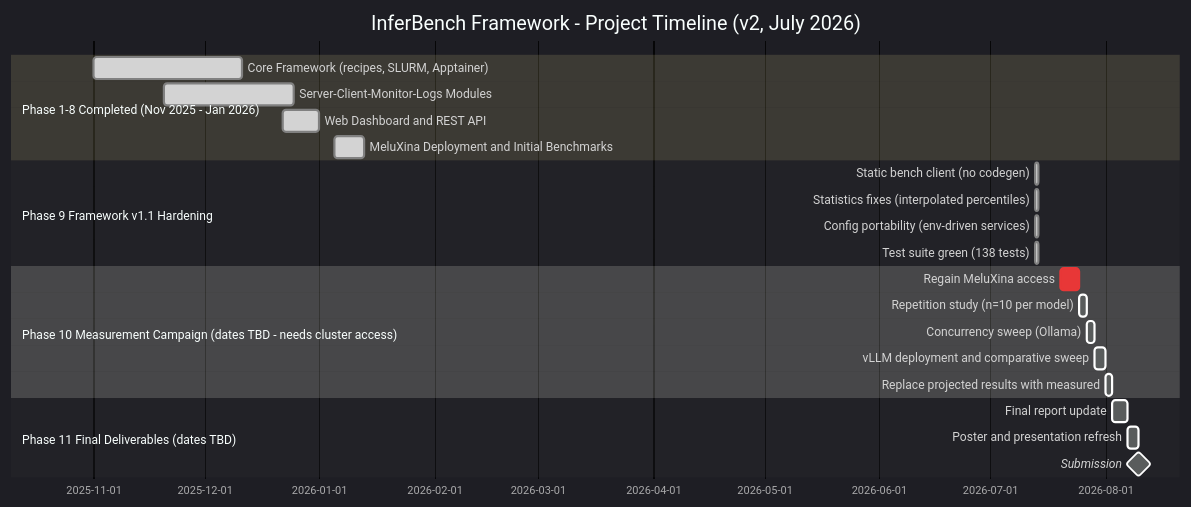
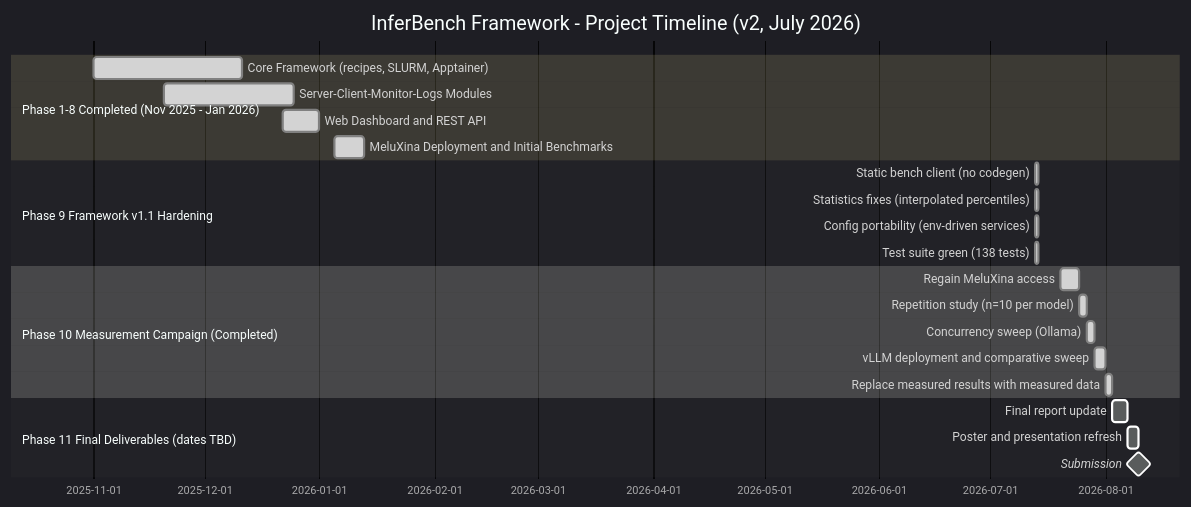
The diagram in docs/timeflow.mermaid (moa155/InferBench), drawn with Mermaid before and after one commit.

Commit message:
Update timeflow: mark Phase 10 as completed and change "projected results" to "measured data"

```diff
--- a/docs/timeflow.mermaid
+++ b/docs/timeflow.mermaid
@@ -1,41 +1,41 @@
 %%{
   init: {
     'theme': 'dark',
     'themeVariables': {
       'primaryColor': '#2ecc71',
       'primaryTextColor': '#fff',
       'primaryBorderColor': '#27ae60',
       'lineColor': '#3498db',
       'secondaryColor': '#9b59b6',
       'tertiaryColor': '#e74c3c'
     }
   }
 }%%
 
 gantt
     title InferBench Framework - Project Timeline (v2, July 2026)
     dateFormat  YYYY-MM-DD
 
     section Phase 1-8 Completed (Nov 2025 - Jan 2026)
     Core Framework (recipes, SLURM, Apptainer)  :done, c1, 2025-11-01, 40d
     Server-Client-Monitor-Logs Modules          :done, c2, 2025-11-20, 35d
     Web Dashboard and REST API                  :done, c3, 2025-12-22, 10d
     MeluXina Deployment and Initial Benchmarks  :done, c4, 2026-01-05, 8d
 
     section Phase 9 Framework v1.1 Hardening
     Static bench client (no codegen)            :done, h1, 2026-07-13, 1d
     Statistics fixes (interpolated percentiles) :done, h2, 2026-07-13, 1d
     Config portability (env-driven services)    :done, h3, 2026-07-13, 1d
     Test suite green (138 tests)                :done, h4, 2026-07-13, 1d
 
-    section Phase 10 Measurement Campaign (dates TBD - needs cluster access)
-    Regain MeluXina access                      :crit, m1, 2026-07-20, 5d
-    Repetition study (n=10 per model)           :m2, after m1, 2d
-    Concurrency sweep (Ollama)                  :m3, after m2, 2d
-    vLLM deployment and comparative sweep       :m4, after m3, 3d
-    Replace projected results with measured     :m5, after m4, 2d
+    section Phase 10 Measurement Campaign (Completed)
+    Regain MeluXina access                      :done, m1, 2026-07-20, 5d
+    Repetition study (n=10 per model)           :done, m2, after m1, 2d
+    Concurrency sweep (Ollama)                  :done, m3, after m2, 2d
+    vLLM deployment and comparative sweep       :done, m4, after m3, 3d
+    Replace measured results with measured data :done, m5, after m4, 2d
 
     section Phase 11 Final Deliverables (dates TBD)
     Final report update                         :d1, after m5, 4d
     Poster and presentation refresh             :d2, after d1, 3d
     Submission                                  :milestone, d3, after d2, 0d
```
